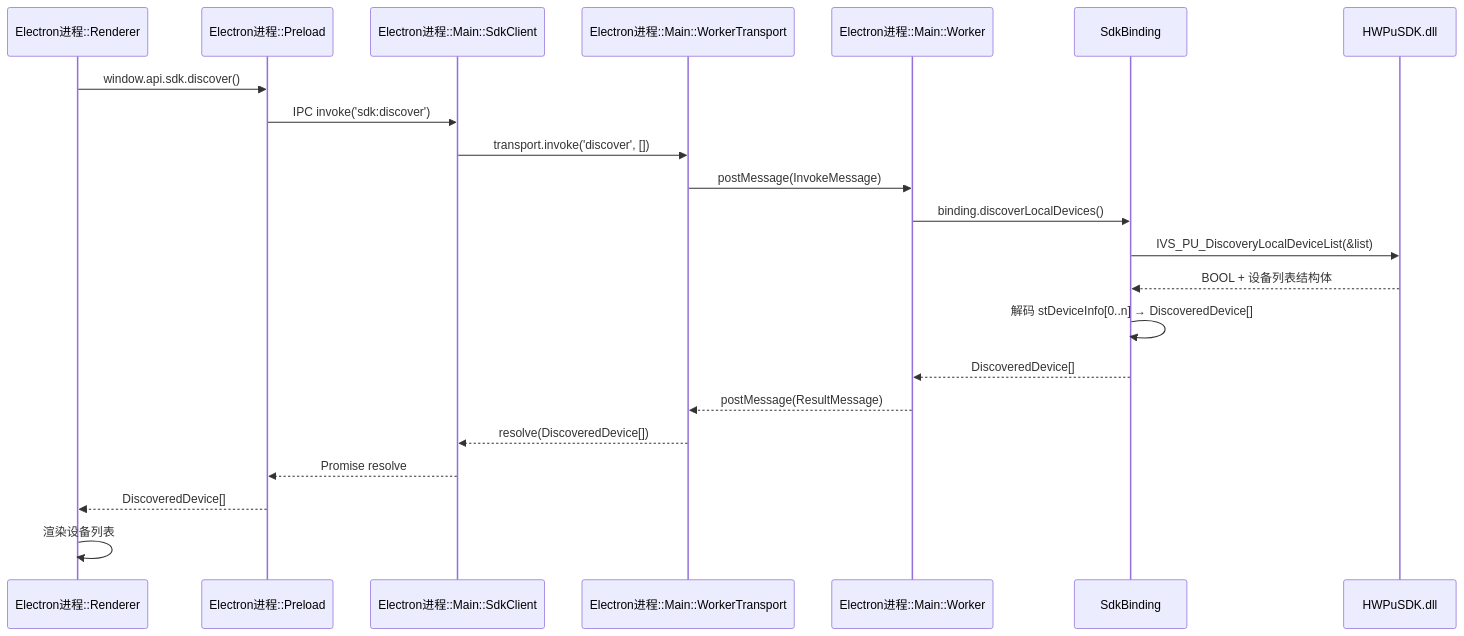
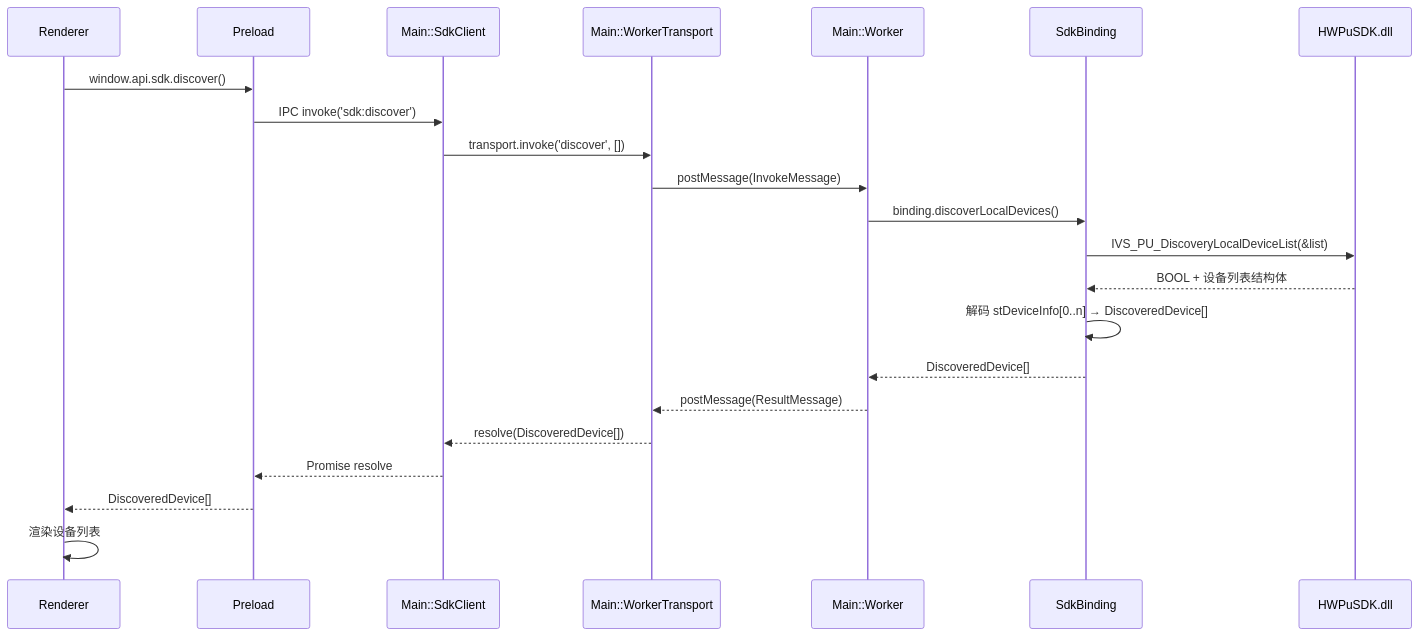
The second of 12 diagrams in docs/architecture-diagrams.md (lupnfer/vue_with_csdk), drawn with Mermaid before and after one commit. The commit also changed other lines of this file, not shown here.

First line of the commit message:
docs: 时序图 participant 改为进程名::模块名格式

````diff
--- a/docs/architecture-diagrams.md
+++ b/docs/architecture-diagrams.md
@@ -101,25 +101,25 @@
 ```mermaid
 sequenceDiagram
-    participant R as Electron进程::Renderer
-    participant P as Electron进程::Preload
-    participant M as Electron进程::Main::SdkClient
-    participant T as Electron进程::Main::WorkerTransport
-    participant W as Electron进程::Main::Worker
+    participant R as Renderer
+    participant P as Preload
+    participant M as Main::SdkClient
+    participant T as Main::WorkerTransport
+    participant W as Main::Worker
     participant B as SdkBinding
     participant DLL as HWPuSDK.dll
 
     R->>P: window.api.sdk.discover()
     P->>M: IPC invoke('sdk:discover')
     M->>T: transport.invoke('discover', [])
     T->>W: postMessage(InvokeMessage)
     W->>B: binding.discoverLocalDevices()
     B->>DLL: IVS_PU_DiscoveryLocalDeviceList(&list)
     DLL-->>B: BOOL + 设备列表结构体
     B->>B: 解码 stDeviceInfo[0..n] → DiscoveredDevice[]
     B-->>W: DiscoveredDevice[]
     W-->>T: postMessage(ResultMessage)
     T-->>M: resolve(DiscoveredDevice[])
     M-->>P: Promise resolve
     P-->>R: DiscoveredDevice[]
     R->>R: 渲染设备列表
 ```
````
